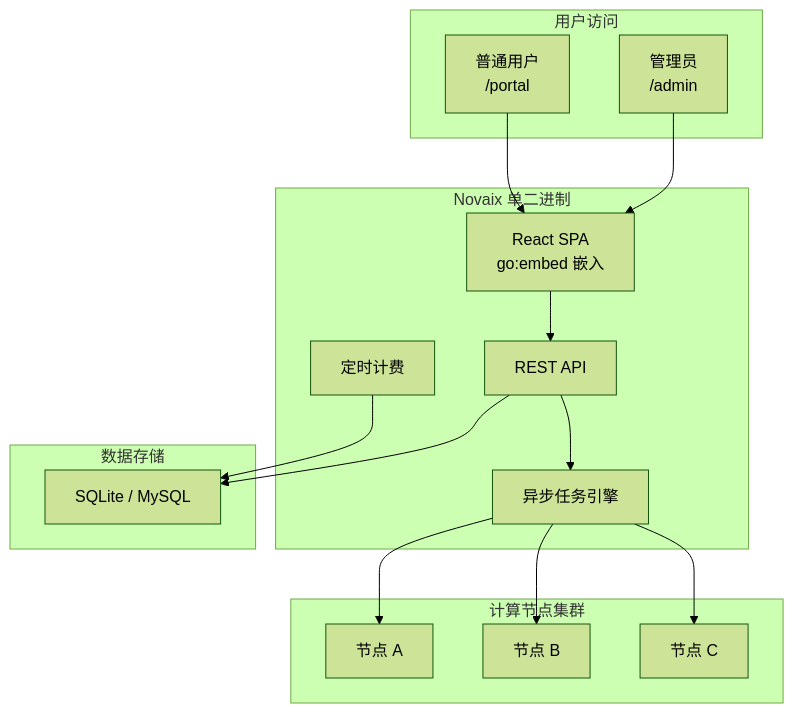
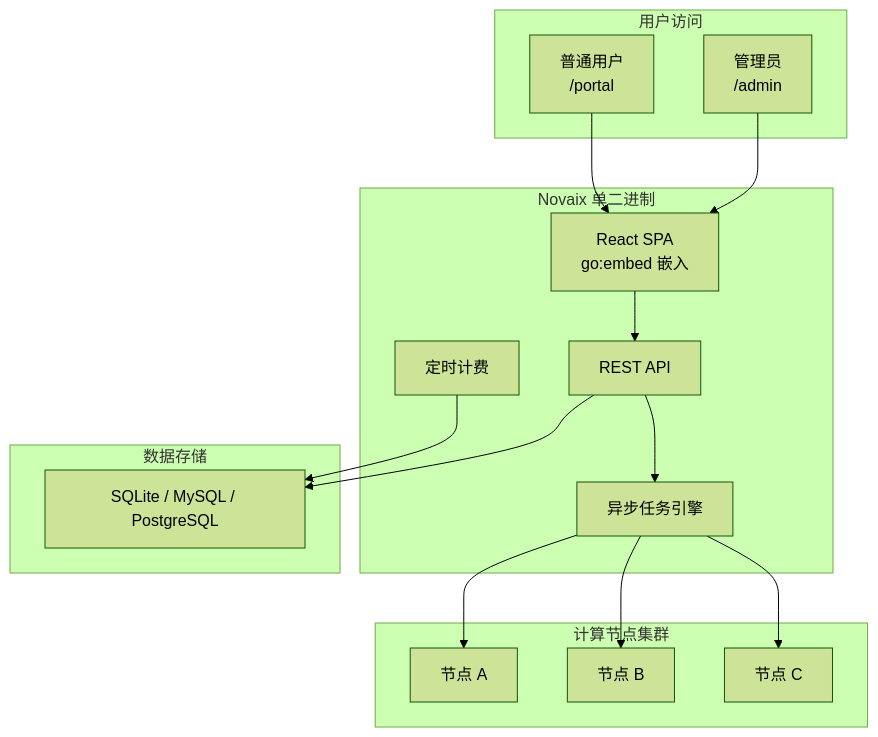
The first of 2 diagrams in docs/novaix/introduce.md (huohuastudio/docs), drawn with Mermaid (forest theme) before and after one commit. The commit also changed other lines of this file and 39 other files, not shown here.

````diff
--- a/docs/novaix/introduce.md
+++ b/docs/novaix/introduce.md
@@ -64,34 +64,34 @@
 ```mermaid
 graph TB
     subgraph users["用户访问"]
         admin["管理员<br/>/admin"]
         user["普通用户<br/>/portal"]
     end
 
     subgraph novaix["Novaix 单二进制"]
         spa["React SPA<br/>go:embed 嵌入"]
         api["REST API"]
         billing["定时计费"]
         taskRunner["异步任务引擎"]
     end
 
     subgraph db["数据存储"]
-        sqlite["SQLite / MySQL"]
+        sqlite["SQLite / MySQL / PostgreSQL"]
     end
 
     subgraph nodes["计算节点集群"]
         node1["节点 A"]
         node2["节点 B"]
         node3["节点 C"]
     end
 
     admin --> spa
     user --> spa
     spa --> api
     api --> sqlite
     api --> taskRunner
     billing --> sqlite
     taskRunner --> node1
     taskRunner --> node2
     taskRunner --> node3
 ```
````
